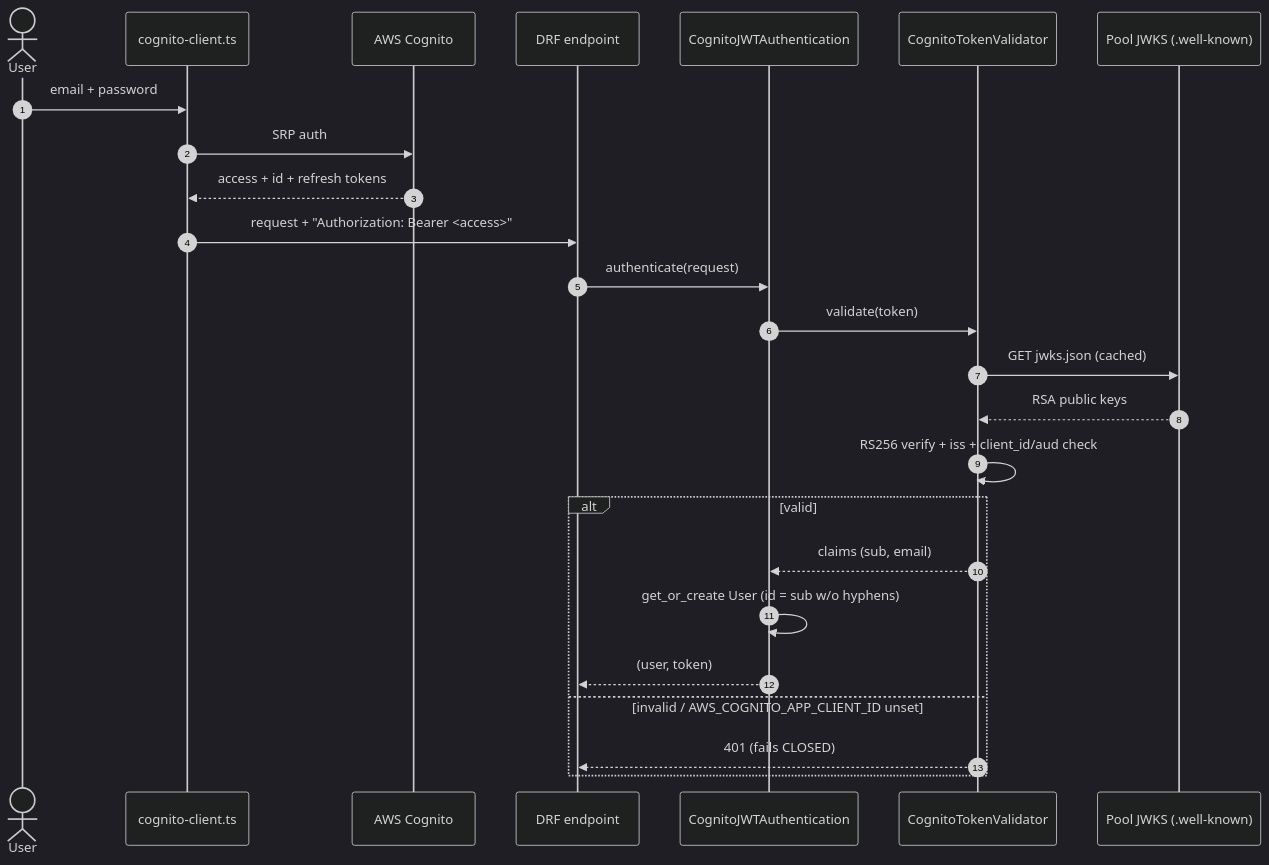
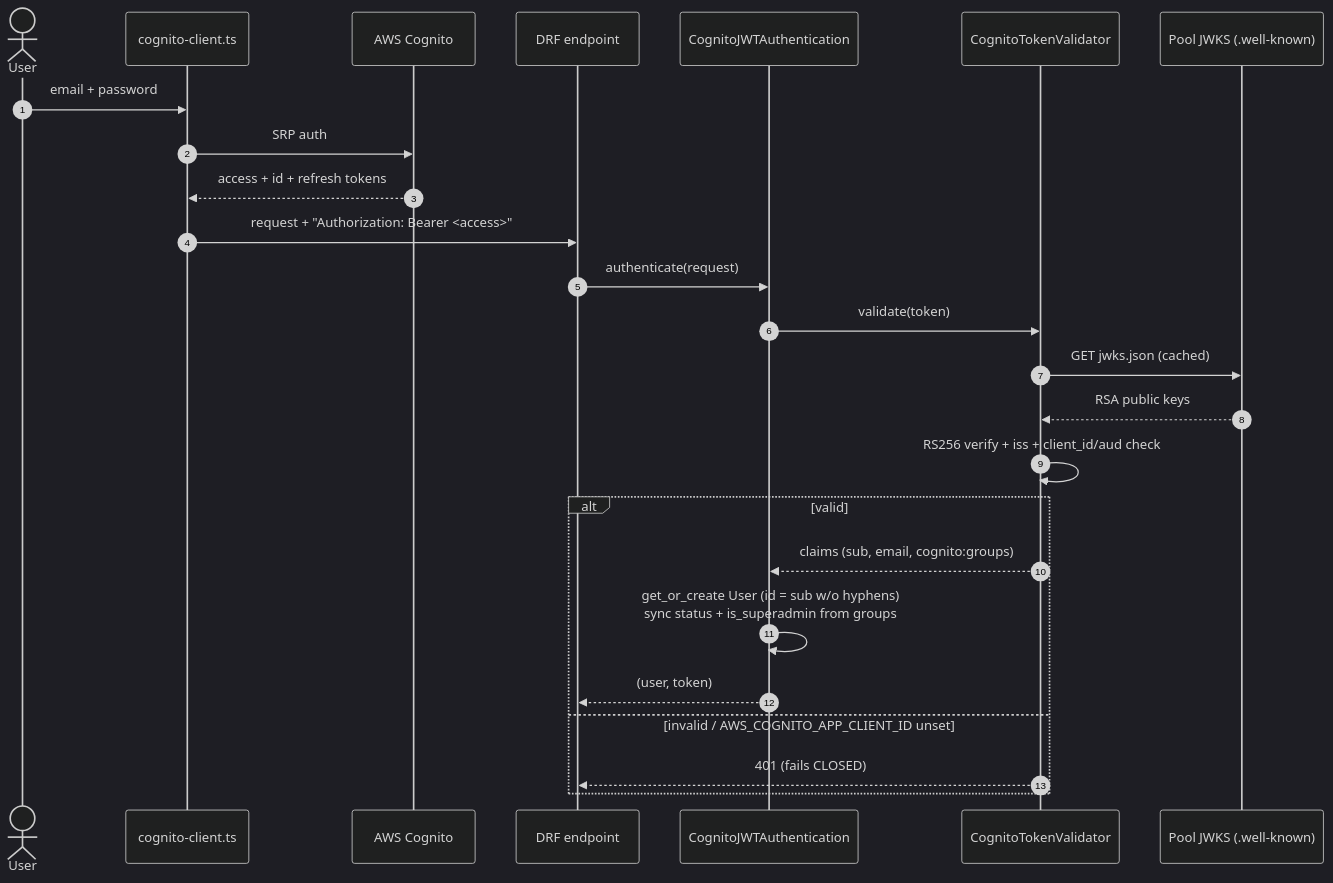
Before and after one commit to Paardhu22/qp-gen: the fifth of 16 diagrams in README.md, drawn with Mermaid (dark theme). The commit also changed other lines of this file, not shown here.

````diff
--- a/README.md
+++ b/README.md
@@ -456,28 +554,28 @@
 ```mermaid
 sequenceDiagram
     autonumber
     actor U as User
     participant FE as cognito-client.ts
     participant COG as AWS Cognito
     participant API as DRF endpoint
     participant AUTHN as CognitoJWTAuthentication
     participant VAL as CognitoTokenValidator
     participant JWKS as Pool JWKS (.well-known)
 
     U->>FE: email + password
     FE->>COG: SRP auth
     COG-->>FE: access + id + refresh tokens
     FE->>API: request + "Authorization: Bearer <access>"
     API->>AUTHN: authenticate(request)
     AUTHN->>VAL: validate(token)
     VAL->>JWKS: GET jwks.json (cached)
     JWKS-->>VAL: RSA public keys
     VAL->>VAL: RS256 verify + iss + client_id/aud check
     alt valid
-        VAL-->>AUTHN: claims (sub, email)
-        AUTHN->>AUTHN: get_or_create User (id = sub w/o hyphens)
+        VAL-->>AUTHN: claims (sub, email, cognito:groups)
+        AUTHN->>AUTHN: get_or_create User (id = sub w/o hyphens)<br/>sync status + is_superadmin from groups
         AUTHN-->>API: (user, token)
     else invalid / AWS_COGNITO_APP_CLIENT_ID unset
         VAL-->>API: 401 (fails CLOSED)
     end
 ```
````
